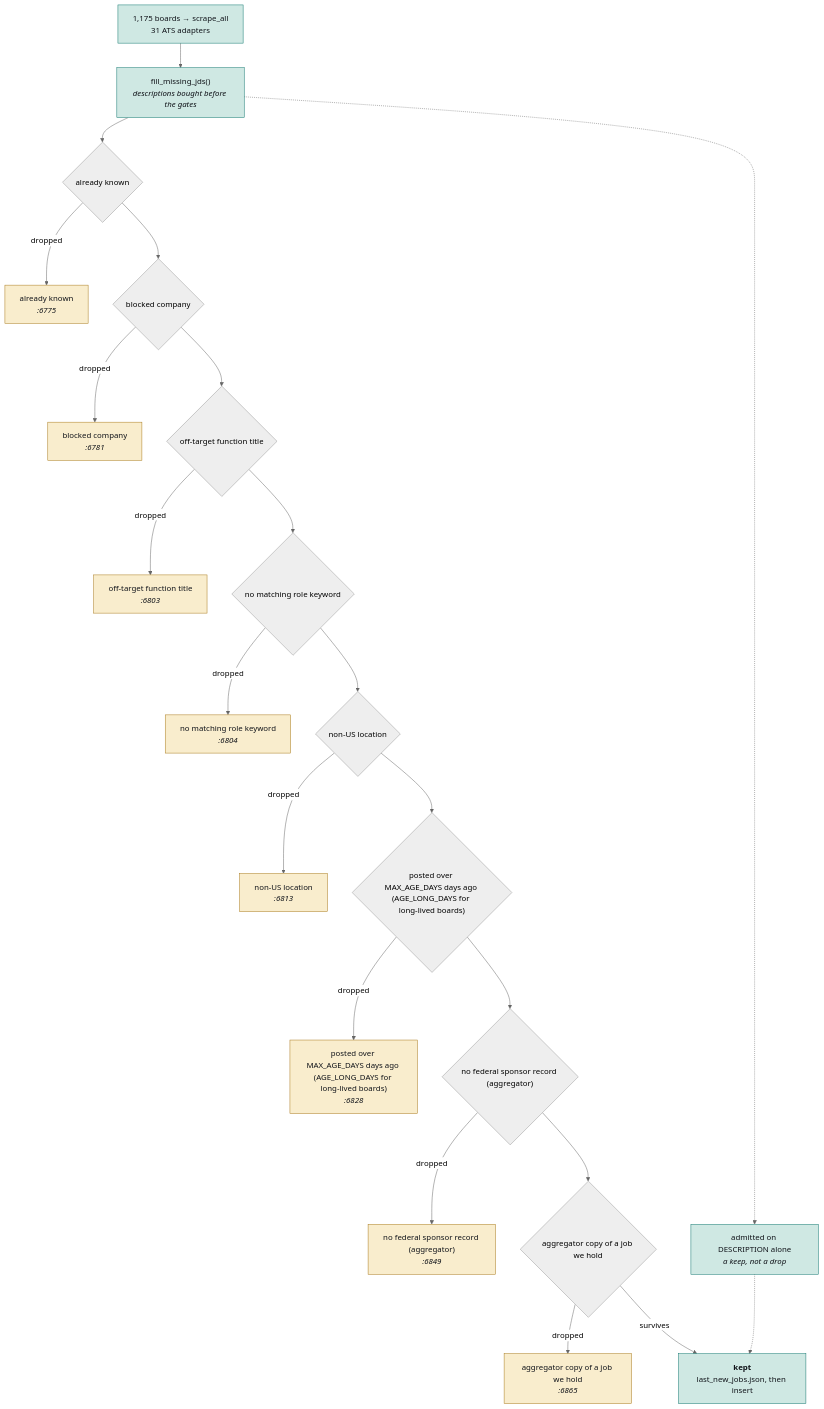
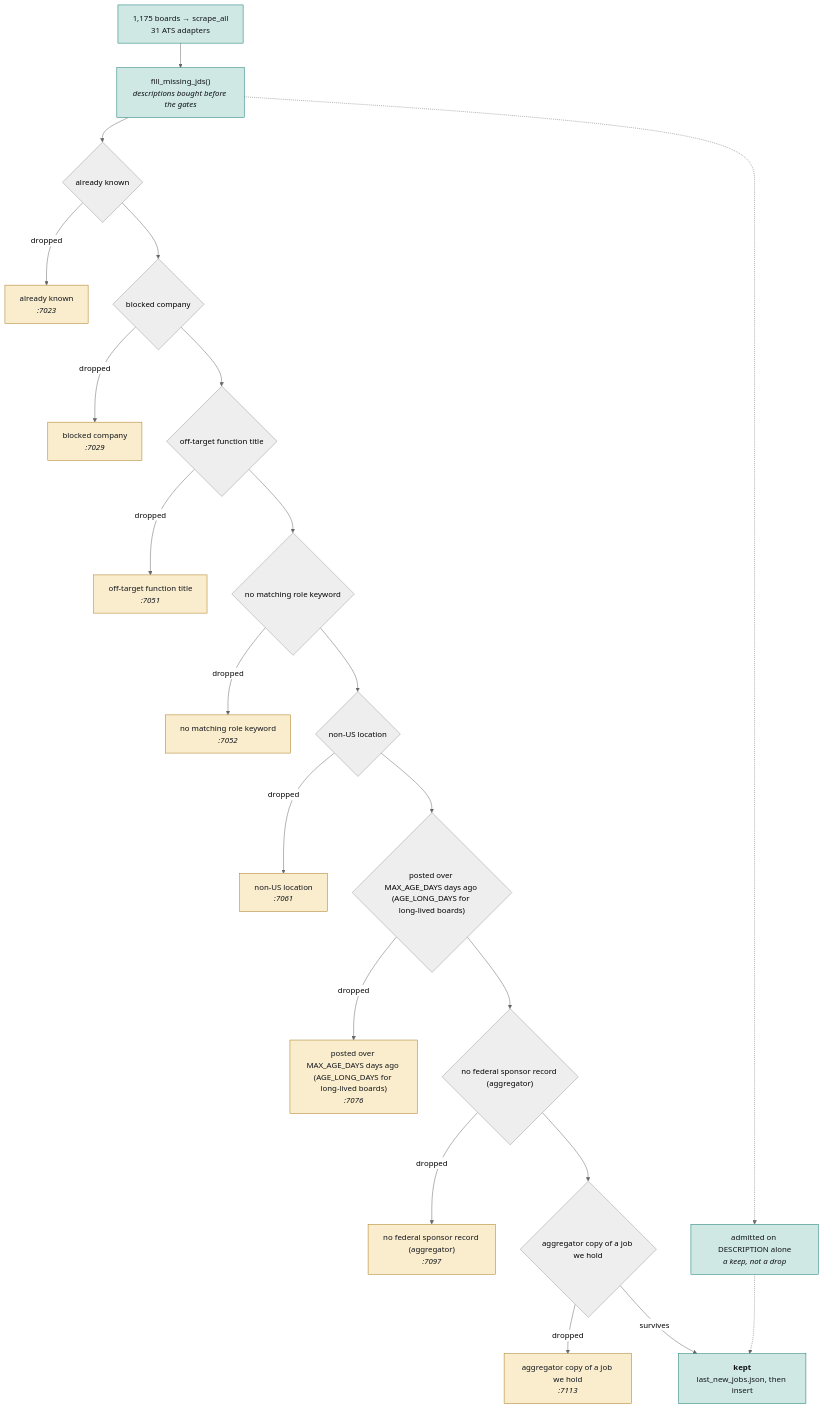
One commit to hadakunal909-debug/job-search-tool changed the second of 4 diagrams in JobMatch Scraper/docs/ARCHITECTURE.md. Above: the diagram before and after it, drawn with Mermaid (neutral theme). The commit also changed other lines of this file and 6 other files, not shown here.

First line of the commit message:
docs: regenerate the index, map and architecture for this round

````diff
--- a/JobMatch Scraper/docs/ARCHITECTURE.md
+++ b/JobMatch Scraper/docs/ARCHITECTURE.md
@@ -106,54 +106,54 @@
 ```mermaid
 flowchart TB
   SRC["1,175 boards → scrape_all<br/>31 ATS adapters"]
   JD["fill_missing_jds()<br/><i>descriptions bought before the gates</i>"]
   SRC --> JD
   G0{"already known"}
-  D0["already known<br/><i>:6775</i>"]
+  D0["already known<br/><i>:7023</i>"]
   JD --> G0
   G0 -->|dropped| D0
   class D0 trap
   G1{"blocked company"}
-  D1["blocked company<br/><i>:6781</i>"]
+  D1["blocked company<br/><i>:7029</i>"]
   G0 --> G1
   G1 -->|dropped| D1
   class D1 trap
   G2{"off-target function title"}
-  D2["off-target function title<br/><i>:6803</i>"]
+  D2["off-target function title<br/><i>:7051</i>"]
   G1 --> G2
   G2 -->|dropped| D2
   class D2 trap
   G3{"no matching role keyword"}
-  D3["no matching role keyword<br/><i>:6804</i>"]
+  D3["no matching role keyword<br/><i>:7052</i>"]
   G2 --> G3
   G3 -->|dropped| D3
   class D3 trap
   G4{"non-US location"}
-  D4["non-US location<br/><i>:6813</i>"]
+  D4["non-US location<br/><i>:7061</i>"]
   G3 --> G4
   G4 -->|dropped| D4
   class D4 trap
   G5{"posted over MAX_AGE_DAYS days ago (AGE_LONG_DAYS for long-lived boards)"}
-  D5["posted over MAX_AGE_DAYS days ago (AGE_LONG_DAYS for long-lived boards)<br/><i>:6828</i>"]
+  D5["posted over MAX_AGE_DAYS days ago (AGE_LONG_DAYS for long-lived boards)<br/><i>:7076</i>"]
   G4 --> G5
   G5 -->|dropped| D5
   class D5 trap
   G6{"no federal sponsor record (aggregator)"}
-  D6["no federal sponsor record (aggregator)<br/><i>:6849</i>"]
+  D6["no federal sponsor record (aggregator)<br/><i>:7097</i>"]
   G5 --> G6
   G6 -->|dropped| D6
   class D6 trap
   G7{"aggregator copy of a job we hold"}
-  D7["aggregator copy of a job we hold<br/><i>:6865</i>"]
+  D7["aggregator copy of a job we hold<br/><i>:7113</i>"]
   G6 --> G7
   G7 -->|dropped| D7
   class D7 trap
   KEEP["<b>kept</b><br/>last_new_jobs.json, then insert"]
   G7 -->|survives| KEEP
   RESCUE["admitted on DESCRIPTION alone<br/><i>a keep, not a drop</i>"]
   JD -.-> RESCUE
   RESCUE -.-> KEEP
   classDef trap fill:#f9edcd,stroke:#a8781a,color:#101319
   classDef sched fill:#cfe8e3,stroke:#0f766e,color:#101319
   class SRC,JD,KEEP,RESCUE sched
 ```
````
